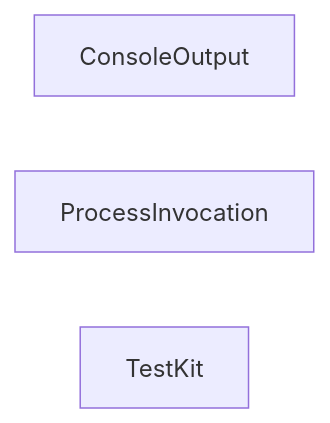
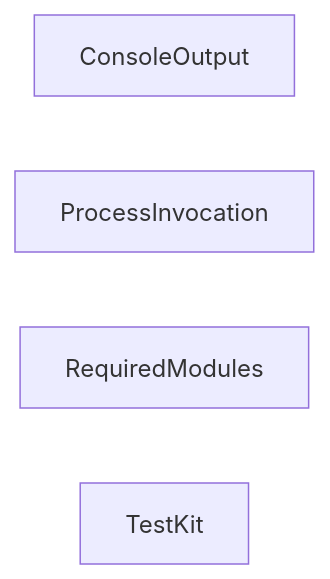
The diagram in README.md (TaffarelJr/powershell-modules), drawn with Mermaid before and after one commit. The commit also changed other lines of this file and 17 other files, not shown here.

First line of the commit message:
feat: add the TaffarelJr.RequiredModules module

````diff
--- a/README.md
+++ b/README.md
@@ -26,6 +27,7 @@
 ```mermaid
 graph LR
     ConsoleOutput["ConsoleOutput"]
     ProcessInvocation["ProcessInvocation"]
+    RequiredModules["RequiredModules"]
     TestKit["TestKit"]
 ```
````
